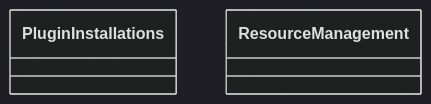
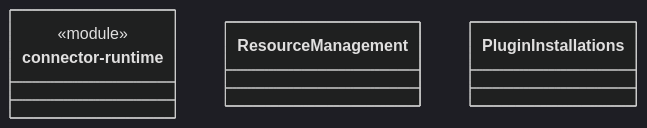
One commit to nan023062/cbim changed the diagram in src/logic-new/resource-management/ARCHITECTURE.md. Above: the diagram before and after it, drawn with Mermaid (dark theme). The commit also changed other lines of this file and 1438 other files, not shown here.

````diff
--- a/src/logic-new/resource-management/ARCHITECTURE.md
+++ b/src/logic-new/resource-management/ARCHITECTURE.md
@@ -19,7 +21,11 @@
 ```mermaid
 classDiagram
+class N_a30d46883dff["connector-runtime"] {
+  <<module>>
+}
+click N_a30d46883dff href "connector-runtime.ts"
+class N_57b4c095d27d["ResourceManagement"]
+click N_57b4c095d27d href "index.ts"
 class N_57e27ba95707["PluginInstallations"]
 click N_57e27ba95707 href "plugin-installations.ts"
-class N_57b4c095d27d["ResourceManagement"]
-click N_57b4c095d27d href "index.ts"
 ```
````
